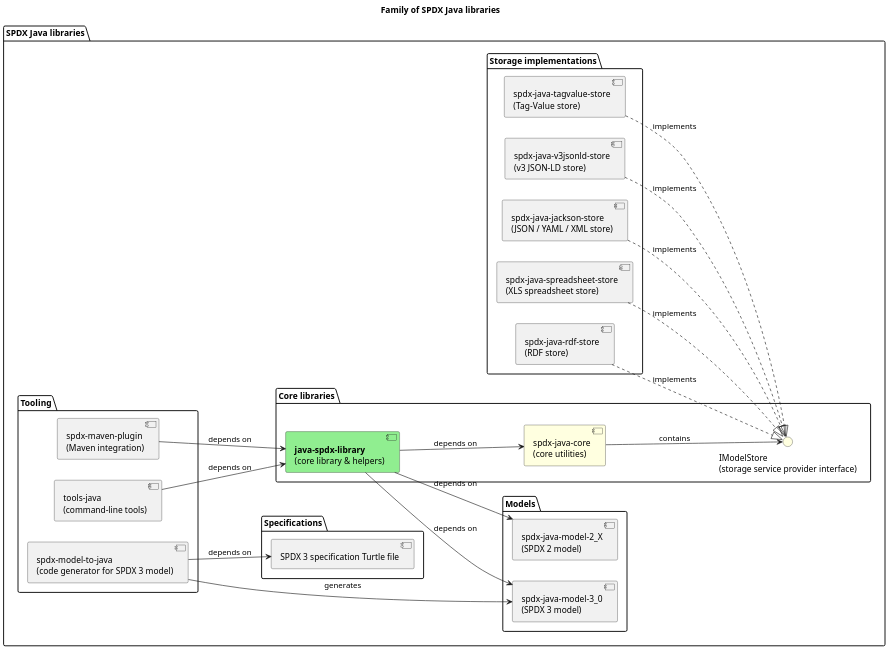
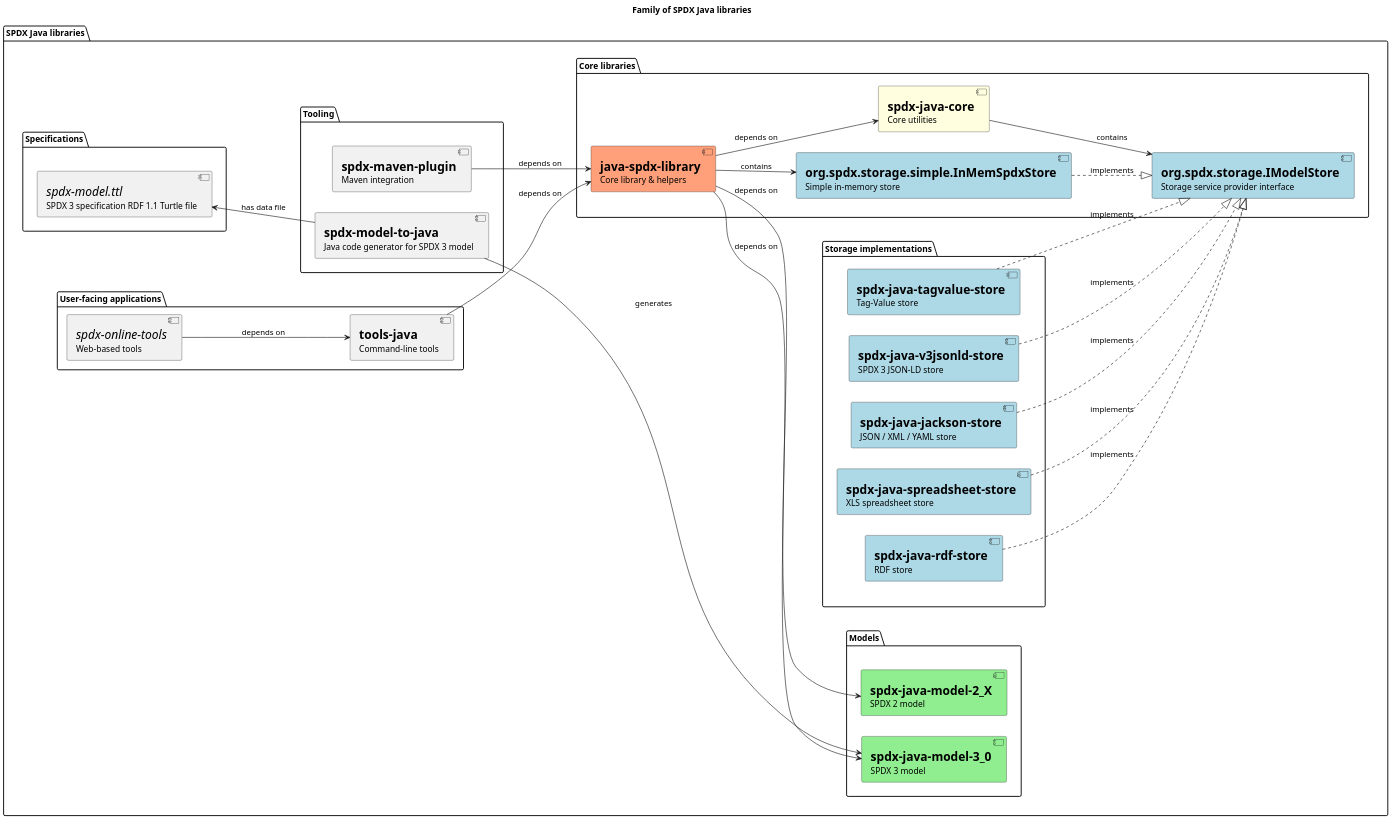
Before and after one commit to spdx/Spdx-Java-Library: the diagram in spdx_java_lib_family.plantuml, drawn with PlantUML. The commit also changed 1 other file, not shown here.

Commit message:
Update diagram with in-memory storage

```diff
--- a/spdx_java_lib_family.plantuml
+++ b/spdx_java_lib_family.plantuml
@@ -5,61 +5,77 @@
 @startuml spdx_java_lib_family
 scale 1.5
 
 title Family of SPDX Java libraries
 
 ' Left-to-right layout is more familiar for readers of left-to-right languages.
 left to right direction
 
 ' Use "package" to group related components and improve readability.
 ' This does not imply actual Java package structure.
 package "SPDX Java libraries" {
-    package "Core libraries" {
-        component "<b>java-spdx-library</b>\n(core library & helpers)" as lib #LightGreen
-        component "spdx-java-core\n(core utilities)" as core #LightYellow
-        interface "IModelStore\n(storage service provider interface)" as storeSPI #LightYellow
+    package "Core libraries" as core_pkg {
+        component "<b><size:20>java-spdx-library</size></b>\nCore library & helpers" as lib #LightSalmon
+        component "<b><size:20>spdx-java-core</size></b>\nCore utilities" as core #LightYellow
+        component "<b><size:20>org.spdx.storage.IModelStore</size></b>\nStorage service provider interface" as storeSPI #LightBlue
+        component "<b><size:20>org.spdx.storage.simple.InMemSpdxStore</size></b>\nSimple in-memory store" as inmem #LightBlue
     }
 
-    package "Models" {
-        component "spdx-java-model-2_X\n(SPDX 2 model)" as model2
-        component "spdx-java-model-3_0\n(SPDX 3 model)" as model3
+    package "Models" as model_pkg {
+        component "<b><size:20>spdx-java-model-2_X</size></b>\nSPDX 2 model" as model2 #LightGreen
+        component "<b><size:20>spdx-java-model-3_0</size></b>\nSPDX 3 model" as model3 #LightGreen
     }
 
-    package "Storage implementations" {
-        component "spdx-java-tagvalue-store\n(Tag-Value store)" as tagvalue
-        component "spdx-java-rdf-store\n(RDF store)" as rdf
-        component "spdx-java-spreadsheet-store\n(XLS spreadsheet store)" as sheet
-        component "spdx-java-jackson-store\n(JSON / YAML / XML store)" as jackson
-        component "spdx-java-v3jsonld-store\n(v3 JSON-LD store)" as v3jsonld
+    package "Storage implementations" as store_pkg {
+        component "<b><size:20>spdx-java-tagvalue-store</size></b>\nTag-Value store" as tagvalue #LightBlue
+        component "<b><size:20>spdx-java-rdf-store</size></b>\nRDF store" as rdf #LightBlue
+        component "<b><size:20>spdx-java-spreadsheet-store</size></b>\nXLS spreadsheet store" as sheet #LightBlue
+        component "<b><size:20>spdx-java-jackson-store</size></b>\nJSON / XML / YAML store" as jackson #LightBlue
+        component "<b><size:20>spdx-java-v3jsonld-store</size></b>\nSPDX 3 JSON-LD store" as v3jsonld #LightBlue
     }
 
-    package "Tooling" {
-        component "spdx-model-to-java\n(code generator for SPDX 3 model)" as genmodel3
-        component "tools-java\n(command-line tools)" as tools
-        component "spdx-maven-plugin\n(Maven integration)" as maven
+    package "Tooling" as tooling_pkg {
+        component "<b><size:20>spdx-maven-plugin</size></b>\nMaven integration" as maven
+        component "<b><size:20>spdx-model-to-java</size></b>\nJava code generator for SPDX 3 model" as genmodel3
     }
 
-    package "Specifications" {
-        component "SPDX 3 specification Turtle file" as spdx3turtle
+    package "Specifications" as spec_pkg {
+        component "<i><size:20>spdx-model.ttl</size></i>\nSPDX 3 specification RDF 1.1 Turtle file" as spdx3turtle
+    }
+
+    package "User-facing applications" as app_pkg {
+        component "<b><size:20>tools-java</size></b>\nCommand-line tools" as tools
+        component "<i><size:20>spdx-online-tools</size></i>\nWeb-based tools" as online
     }
 }
 
-' Core relationships
+' Core libraries and models
 lib --> core : depends on
 lib --> model2 : depends on
 lib --> model3 : depends on
 
 ' Storage SPI and implementations
 core --> storeSPI : contains
+lib --> inmem : contains
+inmem ..|> storeSPI : implements
 jackson ..|> storeSPI : implements
 rdf ..|> storeSPI : implements
 sheet ..|> storeSPI : implements
 tagvalue ..|> storeSPI : implements
 v3jsonld ..|> storeSPI : implements
 
 ' Tooling
 maven --> lib : depends on
+genmodel3 --> model3 : generates
+genmodel3 -left-> spdx3turtle : has data file
+
+' User-facing applications
 tools --> lib : depends on
-genmodel3 --> model3 : generates
-genmodel3 --> spdx3turtle : depends on
+online --> tools : depends on
+
+' Layout hints
+spec_pkg -[hidden]-> tooling_pkg
+store_pkg -[hidden]-> core_pkg
+inmem -[hidden]-> store_pkg
+model_pkg -[hidden]-> core_pkg
 
 @enduml
```
